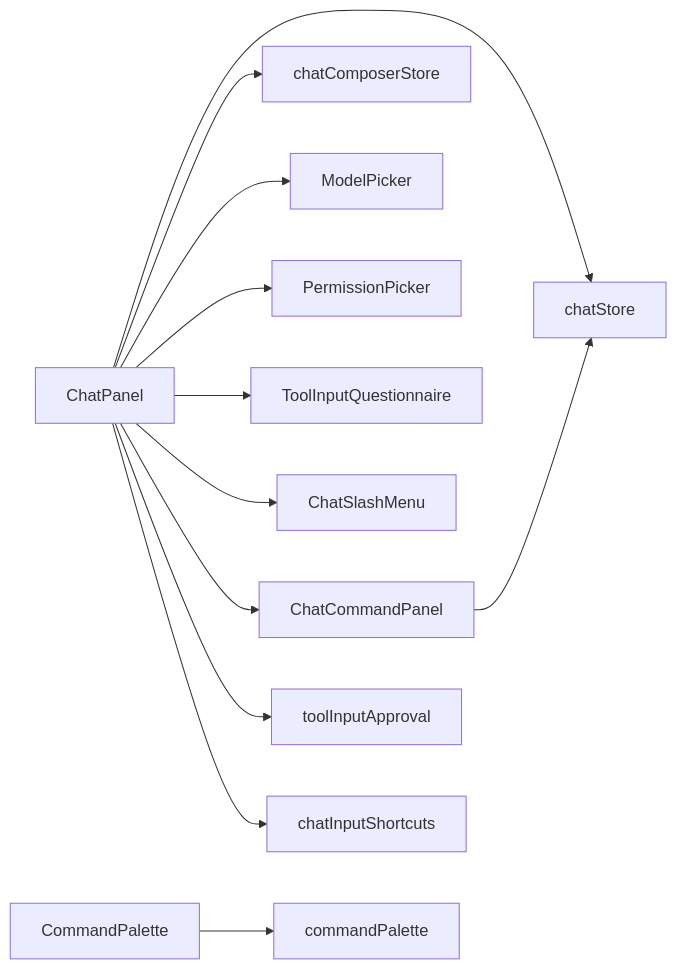
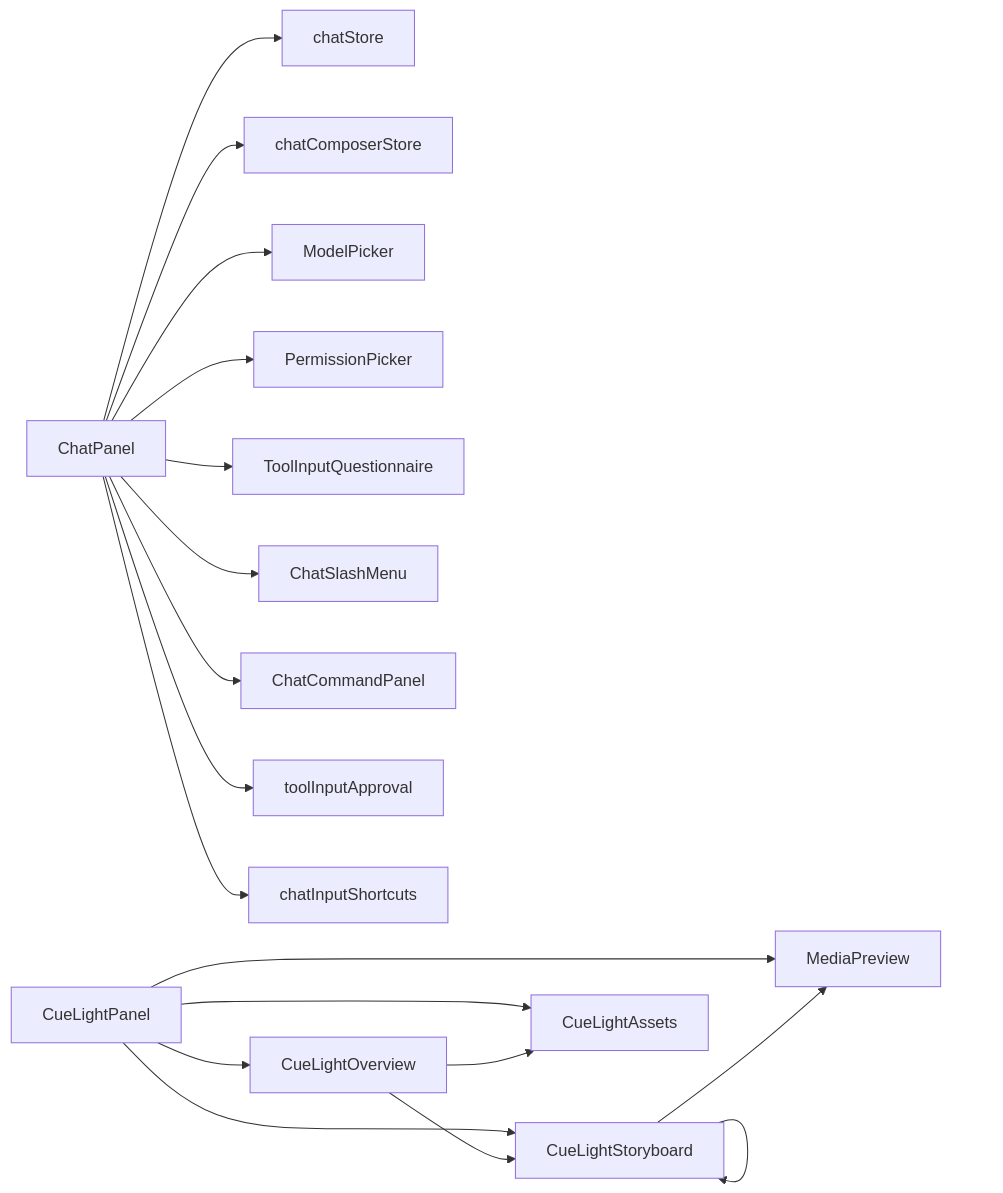
Before and after one commit to yattin/panes: the tenth of 10 diagrams in .qoder/repowiki/zh/content/核心功能/聊天和 AI 集成/聊天界面组件.md, drawn with Mermaid. The commit also changed other lines of this file and 45 other files, not shown here.

````diff
--- a/.qoder/repowiki/zh/content/核心功能/聊天和 AI 集成/聊天界面组件.md
+++ b/.qoder/repowiki/zh/content/核心功能/聊天和 AI 集成/聊天界面组件.md
@@ -330,14 +454,20 @@
 ```mermaid
 graph LR
 CP["ChatPanel"] --> CS["chatStore"]
 CP --> CCS["chatComposerStore"]
 CP --> MP["ModelPicker"]
 CP --> PP["PermissionPicker"]
 CP --> TIQ["ToolInputQuestionnaire"]
 CP --> SLM["ChatSlashMenu"]
 CP --> CCP["ChatCommandPanel"]
 CP --> TIA["toolInputApproval"]
 CP --> CHS["chatInputShortcuts"]
-CCP --> CS
-CMD["CommandPalette"] --> CPM["commandPalette"]
+CLP["CueLightPanel"] --> CLO["CueLightOverview"]
+CLP --> CLS["CueLightStoryboard"]
+CLP --> CLA["CueLightAssets"]
+CLP --> MPV["MediaPreview"]
+CLS --> MPV
+CLO --> CLS
+CLO --> CLA
+CLS --> CLS
 ```
````
